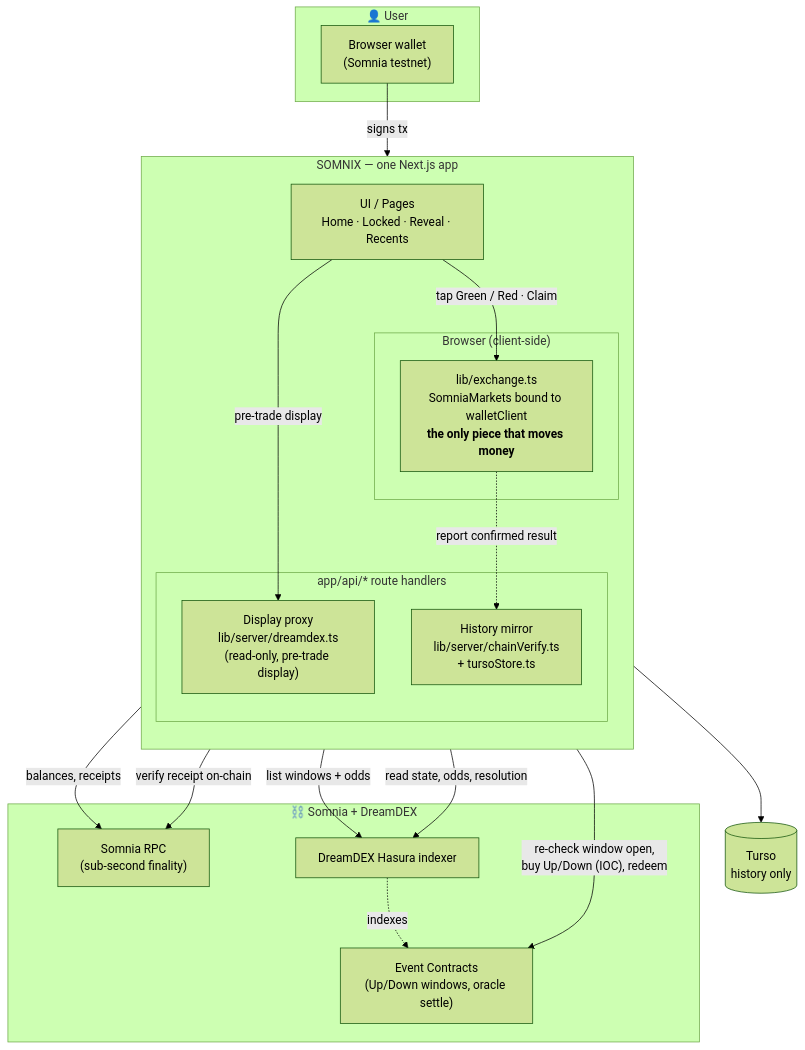
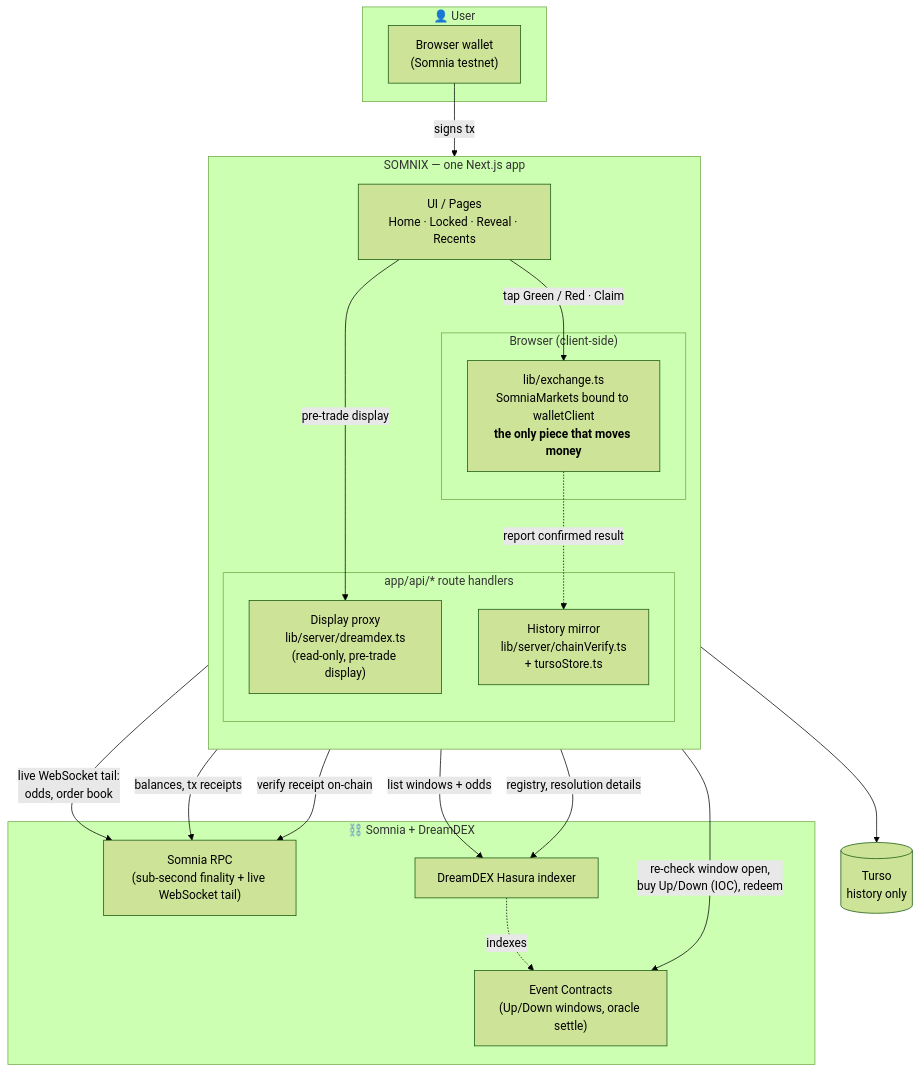
The diagram in README.md (davre001/Somnix), drawn with Mermaid (forest theme) before and after one commit. The commit also changed other lines of this file and 57 other files, not shown here.

````diff
--- a/README.md
+++ b/README.md
@@ -164,46 +209,47 @@
 ```mermaid
 flowchart TD
     subgraph User["👤 User"]
       W["Browser wallet<br/>(Somnia testnet)"]
     end
 
     subgraph App["SOMNIX — one Next.js app"]
       direction TB
       UI["UI / Pages<br/>Home · Locked · Reveal · Recents"]
 
       subgraph Client["Browser (client-side)"]
         EX["lib/exchange.ts<br/>SomniaMarkets bound to walletClient<br/><b>the only piece that moves money</b>"]
       end
 
       subgraph Server["app/api/* route handlers"]
         PROXY["Display proxy<br/>lib/server/dreamdex.ts<br/>(read-only, pre-trade display)"]
         MIRROR["History mirror<br/>lib/server/chainVerify.ts<br/>+ tursoStore.ts"]
       end
     end
 
     subgraph Chain["⛓️ Somnia + DreamDEX"]
-      RPC["Somnia RPC<br/>(sub-second finality)"]
+      RPC["Somnia RPC<br/>(sub-second finality + live WebSocket tail)"]
       IDX["DreamDEX Hasura indexer"]
       EC["Event Contracts<br/>(Up/Down windows, oracle settle)"]
     end
 
     DB[("Turso<br/>history only")]
 
     %% Display path (no signature)
     UI -->|"pre-trade display"| PROXY
     PROXY -->|"list windows + odds"| IDX
 
     %% Money path (client signs)
     UI -->|"tap Green / Red · Claim"| EX
     W -->|"signs tx"| EX
     EX -->|"re-check window open,<br/>buy Up/Down (IOC), redeem"| EC
-    EX -->|"read state, odds, resolution"| IDX
-    EX -->|"balances, receipts"| RPC
+    EX -->|"live WebSocket tail:<br/>odds, order book"| RPC
+    EX -->|"balances, tx receipts"| RPC
+    EX -->|"registry, resolution details"| IDX
 
     %% History mirror (after confirmation)
     EX -.->|"report confirmed result"| MIRROR
     MIRROR -->|"verify receipt on-chain"| RPC
     MIRROR --> DB
 
     IDX -.->|"indexes"| EC
 ```
````
